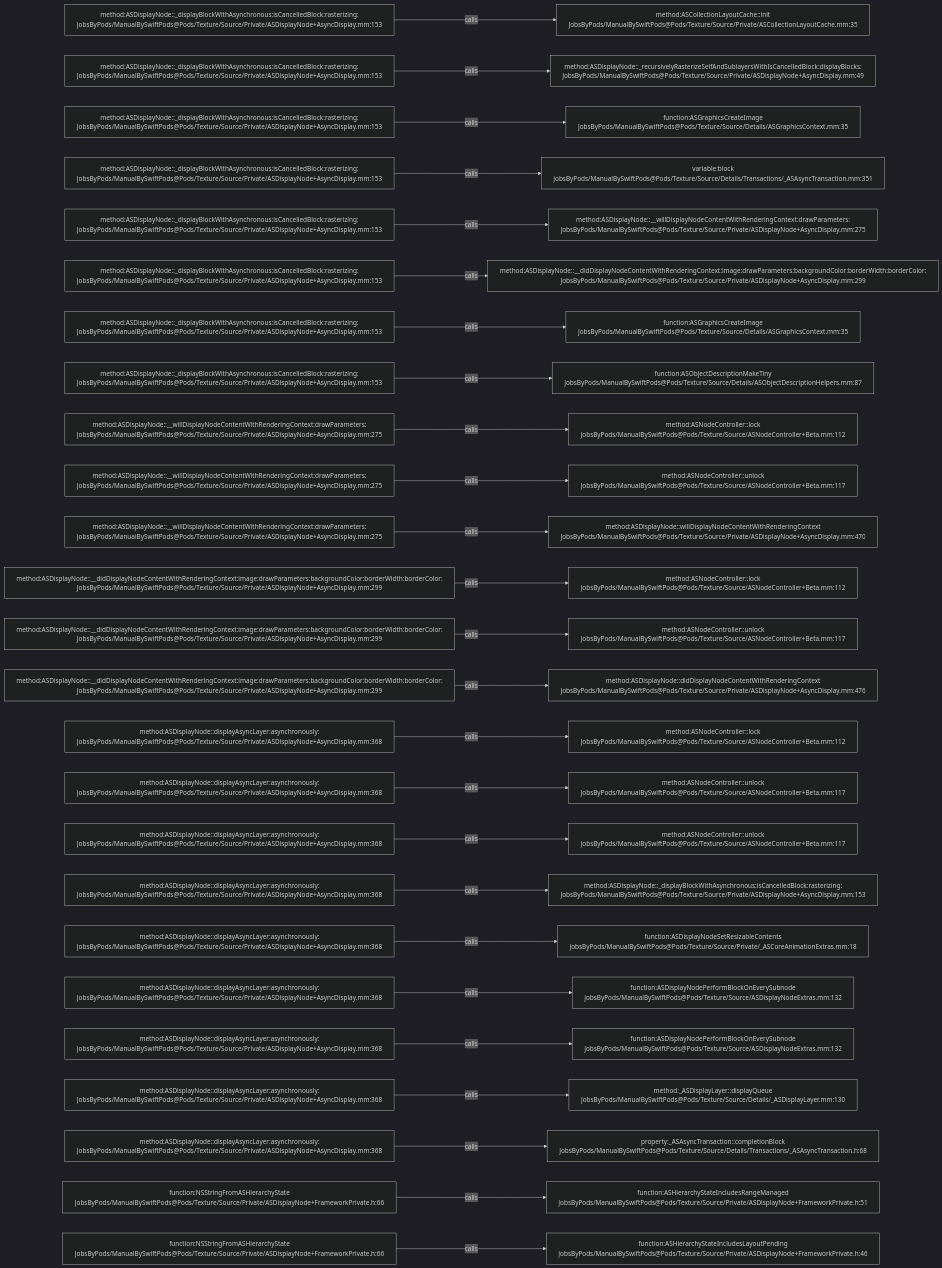
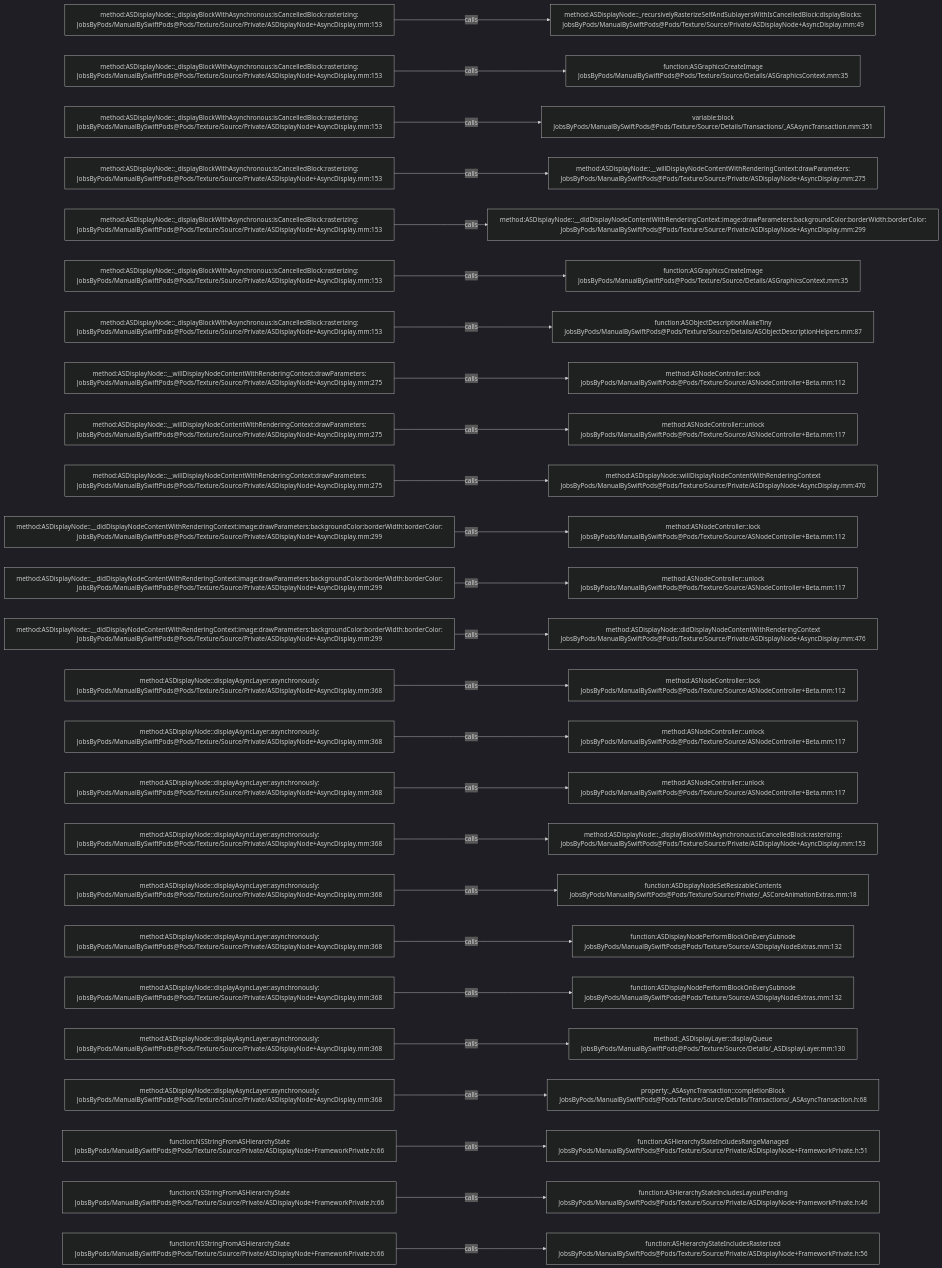
Before and after one commit to JobsKits/JobsSwiftBaseConfigDemo: the diagram in .codegraph/codegraph.md/graphs/calls-117.md, drawn with Mermaid (dark theme). The commit also changed 747 other files, not shown here.

````diff
--- a/.codegraph/codegraph.md/graphs/calls-117.md
+++ b/.codegraph/codegraph.md/graphs/calls-117.md
@@ -13,78 +13,78 @@
 ```mermaid
 flowchart LR
   S1["method:ASDisplayNode::_displayBlockWithAsynchronous:isCancelledBlock:rasterizing:<br/>JobsByPods/ManualBySwiftPods@Pods/Texture/Source/Private/ASDisplayNode+AsyncDisplay.mm:153"]
-  T1["method:ASCollectionLayoutCache::init<br/>JobsByPods/ManualBySwiftPods@Pods/Texture/Source/Private/ASCollectionLayoutCache.mm:35"]
+  T1["method:ASDisplayNode::_recursivelyRasterizeSelfAndSublayersWithIsCancelledBlock:displayBlocks:<br/>JobsByPods/ManualBySwiftPods@Pods/Texture/Source/Private/ASDisplayNode+AsyncDisplay.mm:49"]
   S1 -->|calls| T1
   S2["method:ASDisplayNode::_displayBlockWithAsynchronous:isCancelledBlock:rasterizing:<br/>JobsByPods/ManualBySwiftPods@Pods/Texture/Source/Private/ASDisplayNode+AsyncDisplay.mm:153"]
-  T2["method:ASDisplayNode::_recursivelyRasterizeSelfAndSublayersWithIsCancelledBlock:displayBlocks:<br/>JobsByPods/ManualBySwiftPods@Pods/Texture/Source/Private/ASDisplayNode+AsyncDisplay.mm:49"]
+  T2["function:ASGraphicsCreateImage<br/>JobsByPods/ManualBySwiftPods@Pods/Texture/Source/Details/ASGraphicsContext.mm:35"]
   S2 -->|calls| T2
   S3["method:ASDisplayNode::_displayBlockWithAsynchronous:isCancelledBlock:rasterizing:<br/>JobsByPods/ManualBySwiftPods@Pods/Texture/Source/Private/ASDisplayNode+AsyncDisplay.mm:153"]
-  T3["function:ASGraphicsCreateImage<br/>JobsByPods/ManualBySwiftPods@Pods/Texture/Source/Details/ASGraphicsContext.mm:35"]
+  T3["variable:block<br/>JobsByPods/ManualBySwiftPods@Pods/Texture/Source/Details/Transactions/_ASAsyncTransaction.mm:351"]
   S3 -->|calls| T3
   S4["method:ASDisplayNode::_displayBlockWithAsynchronous:isCancelledBlock:rasterizing:<br/>JobsByPods/ManualBySwiftPods@Pods/Texture/Source/Private/ASDisplayNode+AsyncDisplay.mm:153"]
-  T4["variable:block<br/>JobsByPods/ManualBySwiftPods@Pods/Texture/Source/Details/Transactions/_ASAsyncTransaction.mm:351"]
+  T4["method:ASDisplayNode::__willDisplayNodeContentWithRenderingContext:drawParameters:<br/>JobsByPods/ManualBySwiftPods@Pods/Texture/Source/Private/ASDisplayNode+AsyncDisplay.mm:275"]
   S4 -->|calls| T4
   S5["method:ASDisplayNode::_displayBlockWithAsynchronous:isCancelledBlock:rasterizing:<br/>JobsByPods/ManualBySwiftPods@Pods/Texture/Source/Private/ASDisplayNode+AsyncDisplay.mm:153"]
-  T5["method:ASDisplayNode::__willDisplayNodeContentWithRenderingContext:drawParameters:<br/>JobsByPods/ManualBySwiftPods@Pods/Texture/Source/Private/ASDisplayNode+AsyncDisplay.mm:275"]
+  T5["method:ASDisplayNode::__didDisplayNodeContentWithRenderingContext:image:drawParameters:backgroundColor:borderWidth:borderColor:<br/>JobsByPods/ManualBySwiftPods@Pods/Texture/Source/Private/ASDisplayNode+AsyncDisplay.mm:299"]
   S5 -->|calls| T5
   S6["method:ASDisplayNode::_displayBlockWithAsynchronous:isCancelledBlock:rasterizing:<br/>JobsByPods/ManualBySwiftPods@Pods/Texture/Source/Private/ASDisplayNode+AsyncDisplay.mm:153"]
-  T6["method:ASDisplayNode::__didDisplayNodeContentWithRenderingContext:image:drawParameters:backgroundColor:borderWidth:borderColor:<br/>JobsByPods/ManualBySwiftPods@Pods/Texture/Source/Private/ASDisplayNode+AsyncDisplay.mm:299"]
+  T6["function:ASGraphicsCreateImage<br/>JobsByPods/ManualBySwiftPods@Pods/Texture/Source/Details/ASGraphicsContext.mm:35"]
   S6 -->|calls| T6
   S7["method:ASDisplayNode::_displayBlockWithAsynchronous:isCancelledBlock:rasterizing:<br/>JobsByPods/ManualBySwiftPods@Pods/Texture/Source/Private/ASDisplayNode+AsyncDisplay.mm:153"]
-  T7["function:ASGraphicsCreateImage<br/>JobsByPods/ManualBySwiftPods@Pods/Texture/Source/Details/ASGraphicsContext.mm:35"]
+  T7["function:ASObjectDescriptionMakeTiny<br/>JobsByPods/ManualBySwiftPods@Pods/Texture/Source/Details/ASObjectDescriptionHelpers.mm:87"]
   S7 -->|calls| T7
-  S8["method:ASDisplayNode::_displayBlockWithAsynchronous:isCancelledBlock:rasterizing:<br/>JobsByPods/ManualBySwiftPods@Pods/Texture/Source/Private/ASDisplayNode+AsyncDisplay.mm:153"]
-  T8["function:ASObjectDescriptionMakeTiny<br/>JobsByPods/ManualBySwiftPods@Pods/Texture/Source/Details/ASObjectDescriptionHelpers.mm:87"]
+  S8["method:ASDisplayNode::__willDisplayNodeContentWithRenderingContext:drawParameters:<br/>JobsByPods/ManualBySwiftPods@Pods/Texture/Source/Private/ASDisplayNode+AsyncDisplay.mm:275"]
+  T8["method:ASNodeController::lock<br/>JobsByPods/ManualBySwiftPods@Pods/Texture/Source/ASNodeController+Beta.mm:112"]
   S8 -->|calls| T8
   S9["method:ASDisplayNode::__willDisplayNodeContentWithRenderingContext:drawParameters:<br/>JobsByPods/ManualBySwiftPods@Pods/Texture/Source/Private/ASDisplayNode+AsyncDisplay.mm:275"]
-  T9["method:ASNodeController::lock<br/>JobsByPods/ManualBySwiftPods@Pods/Texture/Source/ASNodeController+Beta.mm:112"]
+  T9["method:ASNodeController::unlock<br/>JobsByPods/ManualBySwiftPods@Pods/Texture/Source/ASNodeController+Beta.mm:117"]
   S9 -->|calls| T9
   S10["method:ASDisplayNode::__willDisplayNodeContentWithRenderingContext:drawParameters:<br/>JobsByPods/ManualBySwiftPods@Pods/Texture/Source/Private/ASDisplayNode+AsyncDisplay.mm:275"]
-  T10["method:ASNodeController::unlock<br/>JobsByPods/ManualBySwiftPods@Pods/Texture/Source/ASNodeController+Beta.mm:117"]
+  T10["method:ASDisplayNode::willDisplayNodeContentWithRenderingContext<br/>JobsByPods/ManualBySwiftPods@Pods/Texture/Source/Private/ASDisplayNode+AsyncDisplay.mm:470"]
   S10 -->|calls| T10
-  S11["method:ASDisplayNode::__willDisplayNodeContentWithRenderingContext:drawParameters:<br/>JobsByPods/ManualBySwiftPods@Pods/Texture/Source/Private/ASDisplayNode+AsyncDisplay.mm:275"]
-  T11["method:ASDisplayNode::willDisplayNodeContentWithRenderingContext<br/>JobsByPods/ManualBySwiftPods@Pods/Texture/Source/Private/ASDisplayNode+AsyncDisplay.mm:470"]
+  S11["method:ASDisplayNode::__didDisplayNodeContentWithRenderingContext:image:drawParameters:backgroundColor:borderWidth:borderColor:<br/>JobsByPods/ManualBySwiftPods@Pods/Texture/Source/Private/ASDisplayNode+AsyncDisplay.mm:299"]
+  T11["method:ASNodeController::lock<br/>JobsByPods/ManualBySwiftPods@Pods/Texture/Source/ASNodeController+Beta.mm:112"]
   S11 -->|calls| T11
   S12["method:ASDisplayNode::__didDisplayNodeContentWithRenderingContext:image:drawParameters:backgroundColor:borderWidth:borderColor:<br/>JobsByPods/ManualBySwiftPods@Pods/Texture/Source/Private/ASDisplayNode+AsyncDisplay.mm:299"]
-  T12["method:ASNodeController::lock<br/>JobsByPods/ManualBySwiftPods@Pods/Texture/Source/ASNodeController+Beta.mm:112"]
+  T12["method:ASNodeController::unlock<br/>JobsByPods/ManualBySwiftPods@Pods/Texture/Source/ASNodeController+Beta.mm:117"]
   S12 -->|calls| T12
   S13["method:ASDisplayNode::__didDisplayNodeContentWithRenderingContext:image:drawParameters:backgroundColor:borderWidth:borderColor:<br/>JobsByPods/ManualBySwiftPods@Pods/Texture/Source/Private/ASDisplayNode+AsyncDisplay.mm:299"]
-  T13["method:ASNodeController::unlock<br/>JobsByPods/ManualBySwiftPods@Pods/Texture/Source/ASNodeController+Beta.mm:117"]
+  T13["method:ASDisplayNode::didDisplayNodeContentWithRenderingContext<br/>JobsByPods/ManualBySwiftPods@Pods/Texture/Source/Private/ASDisplayNode+AsyncDisplay.mm:476"]
   S13 -->|calls| T13
-  S14["method:ASDisplayNode::__didDisplayNodeContentWithRenderingContext:image:drawParameters:backgroundColor:borderWidth:borderColor:<br/>JobsByPods/ManualBySwiftPods@Pods/Texture/Source/Private/ASDisplayNode+AsyncDisplay.mm:299"]
-  T14["method:ASDisplayNode::didDisplayNodeContentWithRenderingContext<br/>JobsByPods/ManualBySwiftPods@Pods/Texture/Source/Private/ASDisplayNode+AsyncDisplay.mm:476"]
+  S14["method:ASDisplayNode::displayAsyncLayer:asynchronously:<br/>JobsByPods/ManualBySwiftPods@Pods/Texture/Source/Private/ASDisplayNode+AsyncDisplay.mm:368"]
+  T14["method:ASNodeController::lock<br/>JobsByPods/ManualBySwiftPods@Pods/Texture/Source/ASNodeController+Beta.mm:112"]
   S14 -->|calls| T14
   S15["method:ASDisplayNode::displayAsyncLayer:asynchronously:<br/>JobsByPods/ManualBySwiftPods@Pods/Texture/Source/Private/ASDisplayNode+AsyncDisplay.mm:368"]
-  T15["method:ASNodeController::lock<br/>JobsByPods/ManualBySwiftPods@Pods/Texture/Source/ASNodeController+Beta.mm:112"]
+  T15["method:ASNodeController::unlock<br/>JobsByPods/ManualBySwiftPods@Pods/Texture/Source/ASNodeController+Beta.mm:117"]
   S15 -->|calls| T15
   S16["method:ASDisplayNode::displayAsyncLayer:asynchronously:<br/>JobsByPods/ManualBySwiftPods@Pods/Texture/Source/Private/ASDisplayNode+AsyncDisplay.mm:368"]
   T16["method:ASNodeController::unlock<br/>JobsByPods/ManualBySwiftPods@Pods/Texture/Source/ASNodeController+Beta.mm:117"]
   S16 -->|calls| T16
   S17["method:ASDisplayNode::displayAsyncLayer:asynchronously:<br/>JobsByPods/ManualBySwiftPods@Pods/Texture/Source/Private/ASDisplayNode+AsyncDisplay.mm:368"]
-  T17["method:ASNodeController::unlock<br/>JobsByPods/ManualBySwiftPods@Pods/Texture/Source/ASNodeController+Beta.mm:117"]
+  T17["method:ASDisplayNode::_displayBlockWithAsynchronous:isCancelledBlock:rasterizing:<br/>JobsByPods/ManualBySwiftPods@Pods/Texture/Source/Private/ASDisplayNode+AsyncDisplay.mm:153"]
   S17 -->|calls| T17
   S18["method:ASDisplayNode::displayAsyncLayer:asynchronously:<br/>JobsByPods/ManualBySwiftPods@Pods/Texture/Source/Private/ASDisplayNode+AsyncDisplay.mm:368"]
-  T18["method:ASDisplayNode::_displayBlockWithAsynchronous:isCancelledBlock:rasterizing:<br/>JobsByPods/ManualBySwiftPods@Pods/Texture/Source/Private/ASDisplayNode+AsyncDisplay.mm:153"]
+  T18["function:ASDisplayNodeSetResizableContents<br/>JobsByPods/ManualBySwiftPods@Pods/Texture/Source/Private/_ASCoreAnimationExtras.mm:18"]
   S18 -->|calls| T18
   S19["method:ASDisplayNode::displayAsyncLayer:asynchronously:<br/>JobsByPods/ManualBySwiftPods@Pods/Texture/Source/Private/ASDisplayNode+AsyncDisplay.mm:368"]
-  T19["function:ASDisplayNodeSetResizableContents<br/>JobsByPods/ManualBySwiftPods@Pods/Texture/Source/Private/_ASCoreAnimationExtras.mm:18"]
+  T19["function:ASDisplayNodePerformBlockOnEverySubnode<br/>JobsByPods/ManualBySwiftPods@Pods/Texture/Source/ASDisplayNodeExtras.mm:132"]
   S19 -->|calls| T19
   S20["method:ASDisplayNode::displayAsyncLayer:asynchronously:<br/>JobsByPods/ManualBySwiftPods@Pods/Texture/Source/Private/ASDisplayNode+AsyncDisplay.mm:368"]
   T20["function:ASDisplayNodePerformBlockOnEverySubnode<br/>JobsByPods/ManualBySwiftPods@Pods/Texture/Source/ASDisplayNodeExtras.mm:132"]
   S20 -->|calls| T20
   S21["method:ASDisplayNode::displayAsyncLayer:asynchronously:<br/>JobsByPods/ManualBySwiftPods@Pods/Texture/Source/Private/ASDisplayNode+AsyncDisplay.mm:368"]
-  T21["function:ASDisplayNodePerformBlockOnEverySubnode<br/>JobsByPods/ManualBySwiftPods@Pods/Texture/Source/ASDisplayNodeExtras.mm:132"]
+  T21["method:_ASDisplayLayer::displayQueue<br/>JobsByPods/ManualBySwiftPods@Pods/Texture/Source/Details/_ASDisplayLayer.mm:130"]
   S21 -->|calls| T21
   S22["method:ASDisplayNode::displayAsyncLayer:asynchronously:<br/>JobsByPods/ManualBySwiftPods@Pods/Texture/Source/Private/ASDisplayNode+AsyncDisplay.mm:368"]
-  T22["method:_ASDisplayLayer::displayQueue<br/>JobsByPods/ManualBySwiftPods@Pods/Texture/Source/Details/_ASDisplayLayer.mm:130"]
+  T22["property:_ASAsyncTransaction::completionBlock<br/>JobsByPods/ManualBySwiftPods@Pods/Texture/Source/Details/Transactions/_ASAsyncTransaction.h:68"]
   S22 -->|calls| T22
-  S23["method:ASDisplayNode::displayAsyncLayer:asynchronously:<br/>JobsByPods/ManualBySwiftPods@Pods/Texture/Source/Private/ASDisplayNode+AsyncDisplay.mm:368"]
-  T23["property:_ASAsyncTransaction::completionBlock<br/>JobsByPods/ManualBySwiftPods@Pods/Texture/Source/Details/Transactions/_ASAsyncTransaction.h:68"]
+  S23["function:NSStringFromASHierarchyState<br/>JobsByPods/ManualBySwiftPods@Pods/Texture/Source/Private/ASDisplayNode+FrameworkPrivate.h:66"]
+  T23["function:ASHierarchyStateIncludesRangeManaged<br/>JobsByPods/ManualBySwiftPods@Pods/Texture/Source/Private/ASDisplayNode+FrameworkPrivate.h:51"]
   S23 -->|calls| T23
   S24["function:NSStringFromASHierarchyState<br/>JobsByPods/ManualBySwiftPods@Pods/Texture/Source/Private/ASDisplayNode+FrameworkPrivate.h:66"]
-  T24["function:ASHierarchyStateIncludesRangeManaged<br/>JobsByPods/ManualBySwiftPods@Pods/Texture/Source/Private/ASDisplayNode+FrameworkPrivate.h:51"]
+  T24["function:ASHierarchyStateIncludesLayoutPending<br/>JobsByPods/ManualBySwiftPods@Pods/Texture/Source/Private/ASDisplayNode+FrameworkPrivate.h:46"]
   S24 -->|calls| T24
   S25["function:NSStringFromASHierarchyState<br/>JobsByPods/ManualBySwiftPods@Pods/Texture/Source/Private/ASDisplayNode+FrameworkPrivate.h:66"]
-  T25["function:ASHierarchyStateIncludesLayoutPending<br/>JobsByPods/ManualBySwiftPods@Pods/Texture/Source/Private/ASDisplayNode+FrameworkPrivate.h:46"]
+  T25["function:ASHierarchyStateIncludesRasterized<br/>JobsByPods/ManualBySwiftPods@Pods/Texture/Source/Private/ASDisplayNode+FrameworkPrivate.h:56"]
   S25 -->|calls| T25
 ```
````
